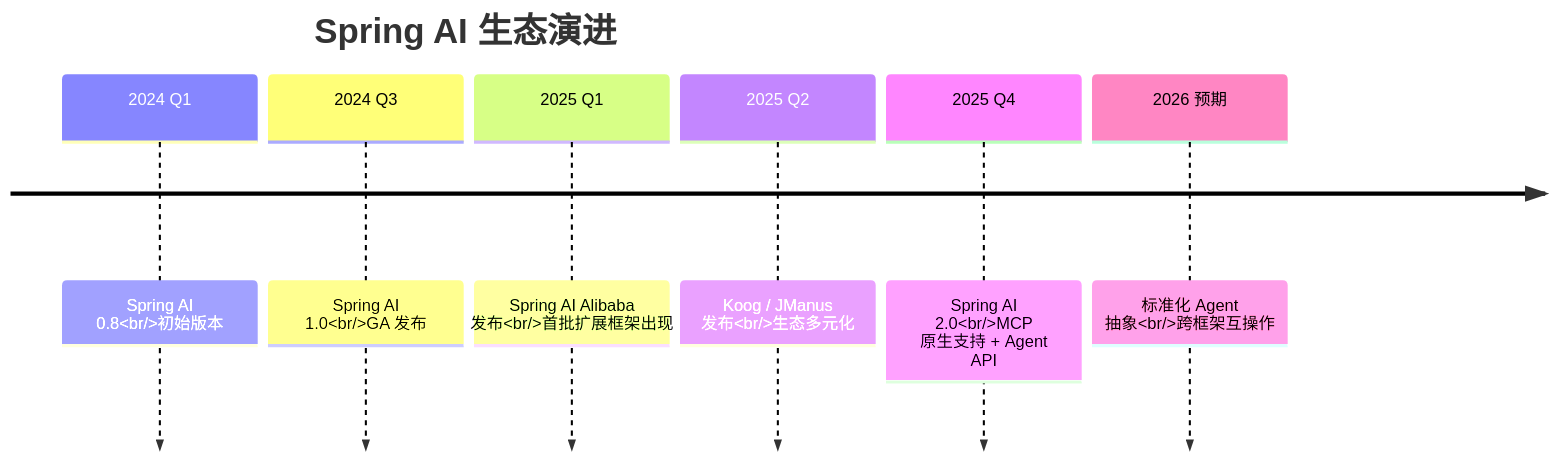
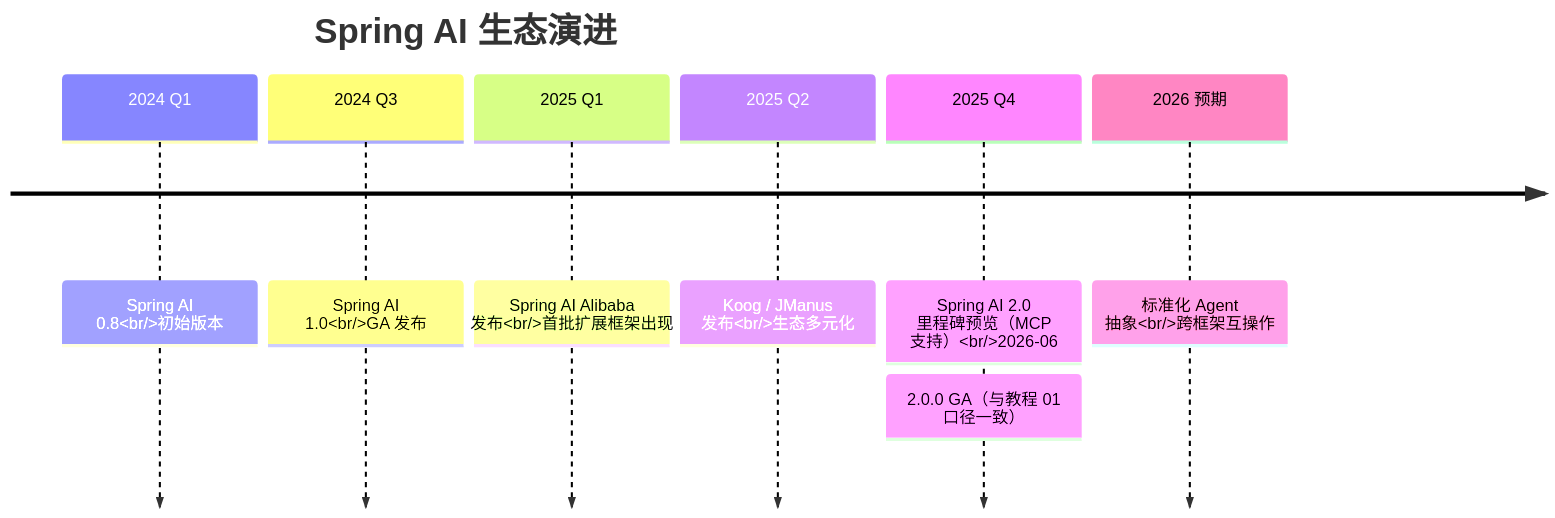
One commit to UranusGit/java-agent-learn changed diagram 17 of 18 in docs/前沿/06-Spring-AI生态全景.md. Above: the diagram before and after it, drawn with Mermaid. The commit also changed 206 other files, not shown here.

````diff
--- a/docs/前沿/06-Spring-AI生态全景.md
+++ b/docs/前沿/06-Spring-AI生态全景.md
@@ -700,10 +700,10 @@
 ```mermaid
 timeline
     title Spring AI 生态演进
     2024 Q1 : Spring AI 0.8<br/>初始版本
     2024 Q3 : Spring AI 1.0<br/>GA 发布
     2025 Q1 : Spring AI Alibaba 发布<br/>首批扩展框架出现
     2025 Q2 : Koog / JManus 发布<br/>生态多元化
-    2025 Q4 : Spring AI 2.0<br/>MCP 原生支持 + Agent API
+    2025 Q4 : Spring AI 2.0 里程碑预览（MCP 支持）<br/>2026-06 : 2.0.0 GA（与教程 01 口径一致）
     2026 预期 : 标准化 Agent 抽象<br/>跨框架互操作
 ```
````
